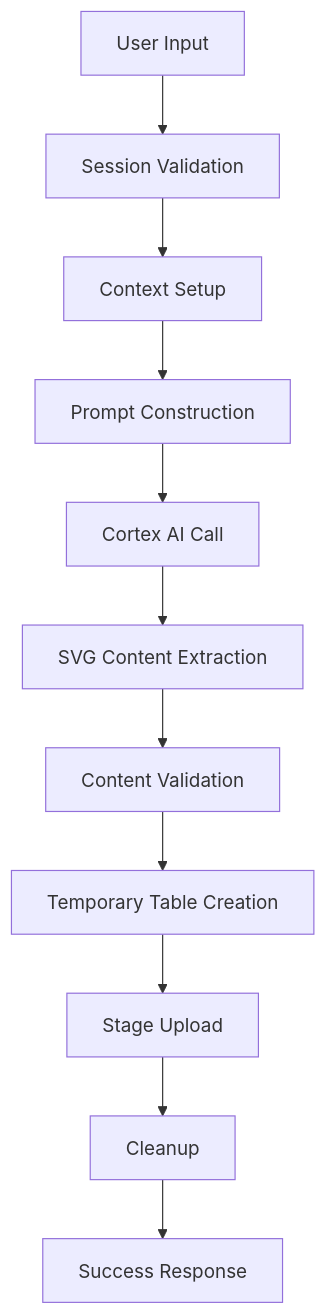
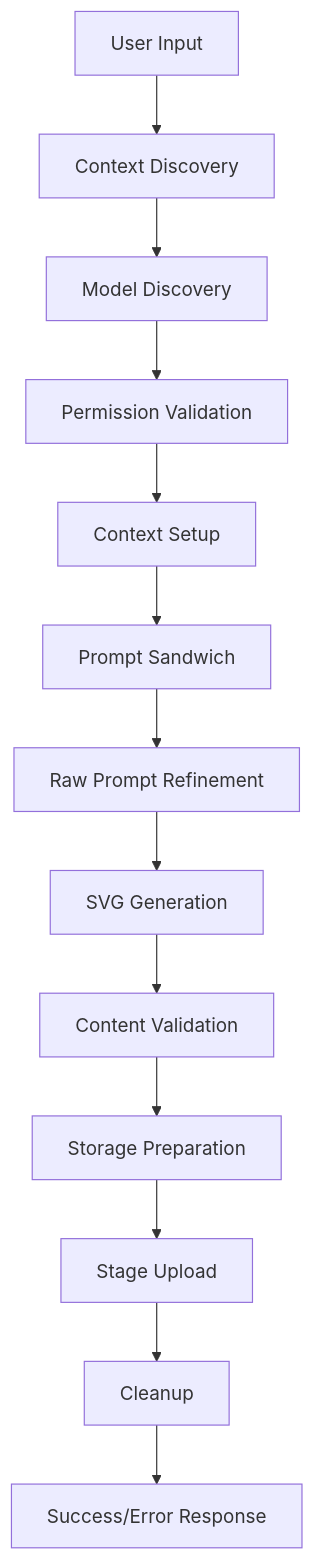
The first of 4 diagrams in ontologies/data_models.md (sfc-gh-sdickson/SVG-Image-Gen), drawn with Mermaid before and after one commit. The commit also changed other lines of this file and 32 other files, not shown here.

````diff
--- a/ontologies/data_models.md
+++ b/ontologies/data_models.md
@@ -79,13 +190,15 @@
 ```mermaid
 graph TD
-    A[User Input] --> B[Session Validation]
-    B --> C[Context Setup]
-    C --> D[Prompt Construction]
-    D --> E[Cortex AI Call]
-    E --> F[SVG Content Extraction]
-    F --> G[Content Validation]
-    G --> H[Temporary Table Creation]
-    H --> I[Stage Upload]
-    I --> J[Cleanup]
-    J --> K[Success Response]
+    A[User Input] --> B[Context Discovery]
+    B --> C[Model Discovery]
+    C --> D[Permission Validation]
+    D --> E[Context Setup]
+    E --> F[Prompt Sandwich]
+    F --> G[Raw Prompt Refinement]
+    G --> H[SVG Generation]
+    H --> I[Content Validation]
+    I --> J[Storage Preparation]
+    J --> K[Stage Upload]
+    K --> L[Cleanup]
+    L --> M[Success/Error Response]
 ```
````
